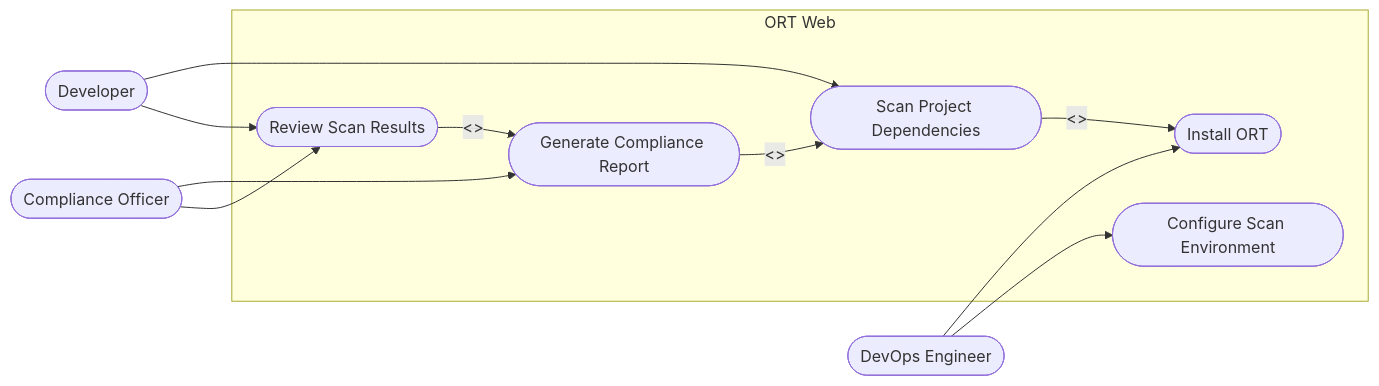
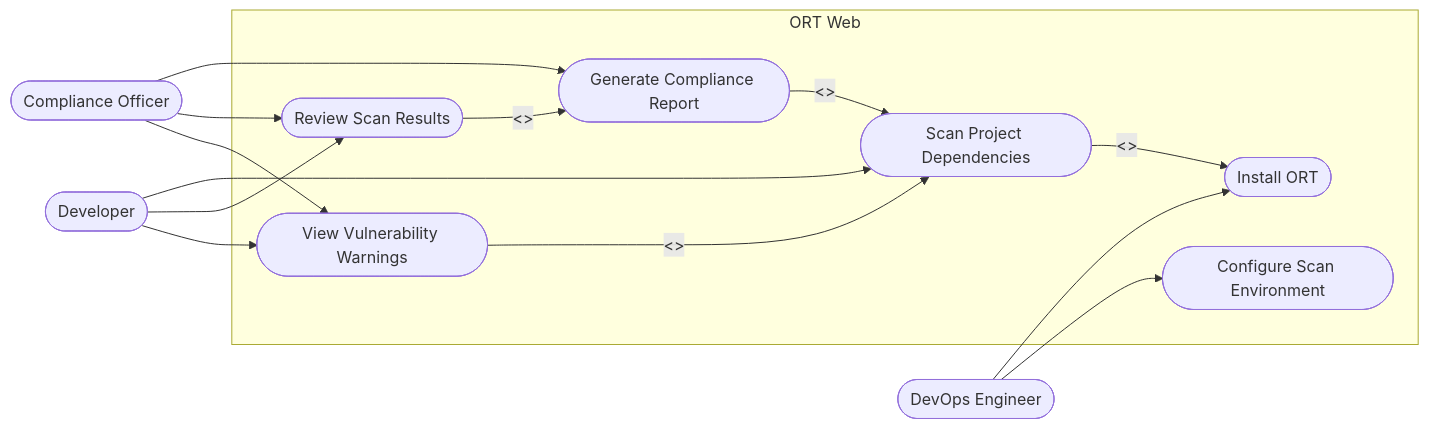
One commit to tnvinh2711/ort-web changed the third of 5 diagrams in DIAGRAMS.md. Above: the diagram before and after it, drawn with Mermaid. The commit also changed other lines of this file, not shown here.

First line of the commit message:
docs: update diagrams to reflect analyze → advise → report pipeline

````diff
--- a/DIAGRAMS.md
+++ b/DIAGRAMS.md
@@ -58,25 +63,29 @@
 ```mermaid
 flowchart LR
     Dev(["Developer"])
     CO(["Compliance Officer"])
     Ops(["DevOps Engineer"])
 
     subgraph System ["ORT Web"]
         UC1(["Scan Project Dependencies"])
         UC2(["Generate Compliance Report"])
         UC3(["Review Scan Results"])
         UC4(["Install ORT"])
         UC5(["Configure Scan Environment"])
+        UC6(["View Vulnerability Warnings"])
 
         UC1 -->|"<<include>>"| UC4
         UC2 -->|"<<include>>"| UC1
         UC3 -->|"<<extend>>"| UC2
+        UC6 -->|"<<include>>"| UC1
     end
 
     Dev --> UC1
     Dev --> UC3
+    Dev --> UC6
     CO --> UC2
     CO --> UC3
+    CO --> UC6
     Ops --> UC4
     Ops --> UC5
 ```
````
